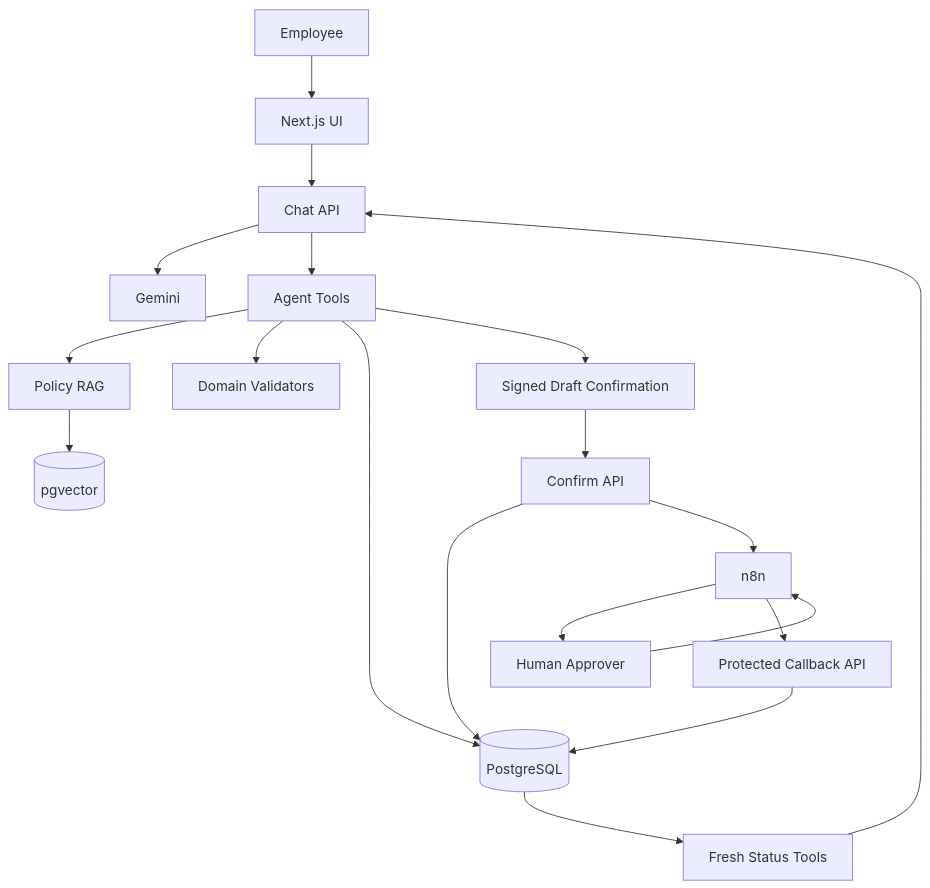
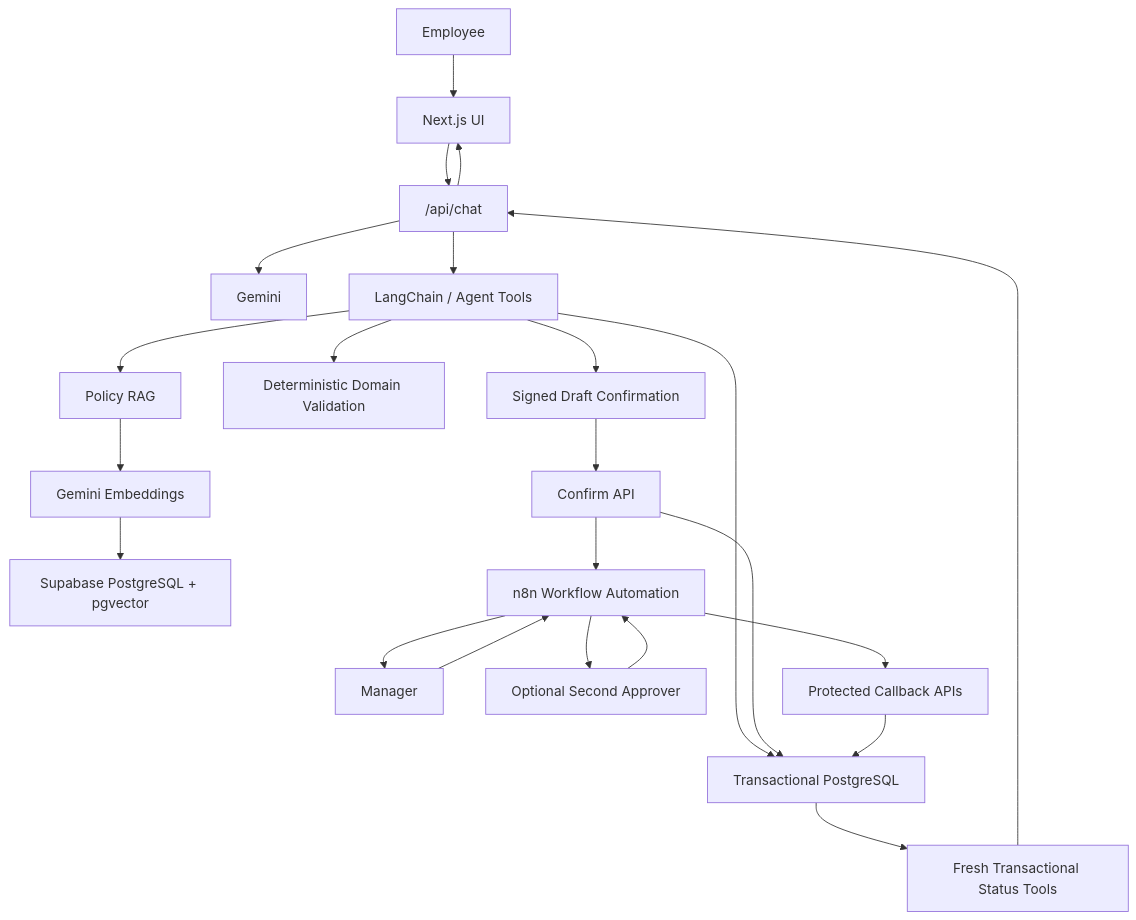
Before and after one commit to risktbh/hr-assistant-web: the first of 2 diagrams in docs/ARCHITECTURE.md, drawn with Mermaid. The commit also changed other lines of this file and 1 other file, not shown here.

Commit message:
docs: improve system architecture documentation

````diff
--- a/docs/ARCHITECTURE.md
+++ b/docs/ARCHITECTURE.md
@@ -58,28 +174,34 @@
 ```mermaid
 flowchart TB
-    A[Employee] --> B[Next.js UI]
-    B --> C[Chat API]
+    EMP["Employee"] --> UI["Next.js UI"]
+    UI --> CHAT["/api/chat"]
 
-    C --> D[Gemini]
-    C --> E[Agent Tools]
+    CHAT --> LLM["Gemini"]
+    CHAT --> AGENT["LangChain / Agent Tools"]
 
-    E --> F[Policy RAG]
-    F --> G[(pgvector)]
+    AGENT --> RAG["Policy RAG"]
+    RAG --> EMB["Gemini Embeddings"]
+    EMB --> VECTOR["Supabase PostgreSQL + pgvector"]
 
-    E --> H[Domain Validators]
-    E --> I[(PostgreSQL)]
+    AGENT --> VALIDATE["Deterministic Domain Validation"]
+    AGENT --> TX["Transactional PostgreSQL"]
 
-    E --> J[Signed Draft Confirmation]
-    J --> K[Confirm API]
-    K --> I
-    K --> L[n8n]
+    AGENT --> DRAFT["Signed Draft Confirmation"]
+    DRAFT --> CONFIRM["Confirm API"]
 
-    L --> M[Human Approver]
-    M --> L
+    CONFIRM --> TX
+    CONFIRM --> N8N["n8n Workflow Automation"]
 
-    L --> N[Protected Callback API]
-    N --> I
+    N8N --> MANAGER["Manager"]
+    N8N --> SECOND["Optional Second Approver"]
 
-    I --> O[Fresh Status Tools]
-    O --> C
+    MANAGER --> N8N
+    SECOND --> N8N
+
+    N8N --> CALLBACK["Protected Callback APIs"]
+    CALLBACK --> TX
+
+    TX --> STATUS["Fresh Transactional Status Tools"]
+    STATUS --> CHAT
+    CHAT --> UI
 ```
````
